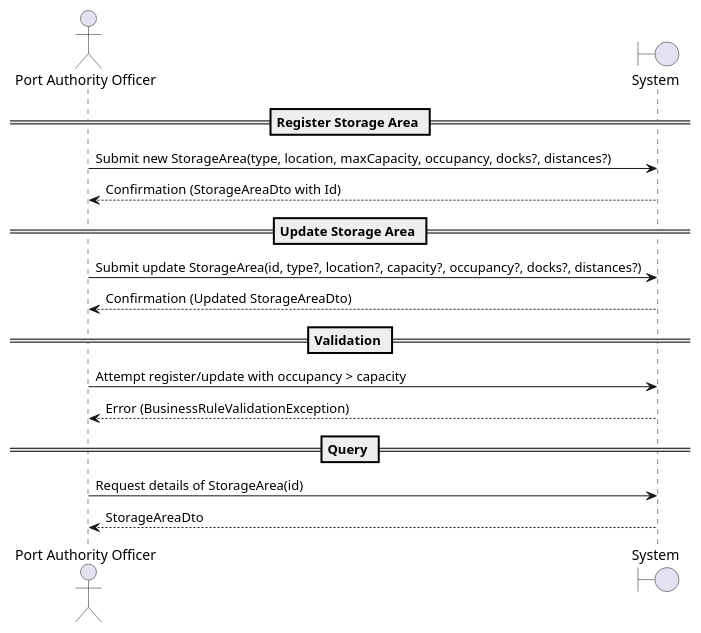
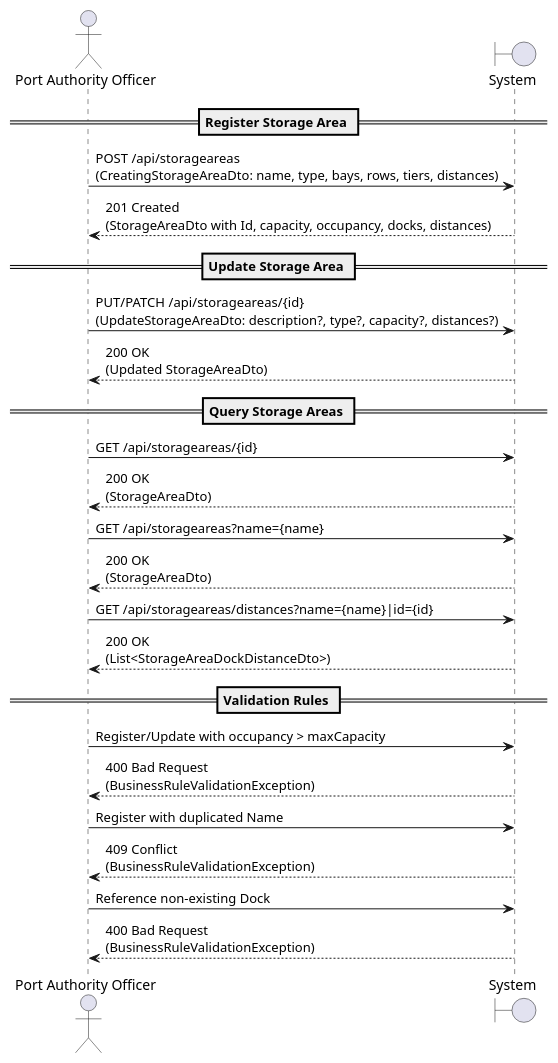
Before and after one commit to SAEmanuel/Sustainable_Port_Logistics_ISEP: the diagram in docs/planning/Sprint1/Back-end-Module(s)/US-2.2.4/01.requirements-engineering/puml/us2.2.4-sequence-diagram.puml, drawn with PlantUML. The commit also changed 7 other files, not shown here.

```diff
--- a/docs/planning/Sprint1/Back-end-Module(s)/US-2.2.4/01.requirements-engineering/puml/us2.2.4-sequence-diagram.puml
+++ b/docs/planning/Sprint1/Back-end-Module(s)/US-2.2.4/01.requirements-engineering/puml/us2.2.4-sequence-diagram.puml
@@ -1,22 +1,32 @@
 @startuml
 actor "Port Authority Officer" as Officer
 boundary "System" as System
 
-
 == Register Storage Area ==
-Officer -> System : Submit new StorageArea(type, location, maxCapacity, occupancy, docks?, distances?)
-System --> Officer : Confirmation (StorageAreaDto with Id)
+Officer -> System : POST /api/storageareas\n(CreatingStorageAreaDto: name, type, bays, rows, tiers, distances)
+System --> Officer : 201 Created\n(StorageAreaDto with Id, capacity, occupancy, docks, distances)
 
 == Update Storage Area ==
-Officer -> System : Submit update StorageArea(id, type?, location?, capacity?, occupancy?, docks?, distances?)
-System --> Officer : Confirmation (Updated StorageAreaDto)
+Officer -> System : PUT/PATCH /api/storageareas/{id}\n(UpdateStorageAreaDto: description?, type?, capacity?, distances?)
+System --> Officer : 200 OK\n(Updated StorageAreaDto)
 
-== Validation ==
-Officer -> System : Attempt register/update with occupancy > capacity
-System --> Officer : Error (BusinessRuleValidationException)
+== Query Storage Areas ==
+Officer -> System : GET /api/storageareas/{id}
+System --> Officer : 200 OK\n(StorageAreaDto)
 
-== Query ==
-Officer -> System : Request details of StorageArea(id)
-System --> Officer : StorageAreaDto
+Officer -> System : GET /api/storageareas?name={name}
+System --> Officer : 200 OK\n(StorageAreaDto)
 
+Officer -> System : GET /api/storageareas/distances?name={name}|id={id}
+System --> Officer : 200 OK\n(List<StorageAreaDockDistanceDto>)
+
+== Validation Rules ==
+Officer -> System : Register/Update with occupancy > maxCapacity
+System --> Officer : 400 Bad Request\n(BusinessRuleValidationException)
+
+Officer -> System : Register with duplicated Name
+System --> Officer : 409 Conflict\n(BusinessRuleValidationException)
+
+Officer -> System : Reference non-existing Dock
+System --> Officer : 400 Bad Request\n(BusinessRuleValidationException)
 @enduml
```
